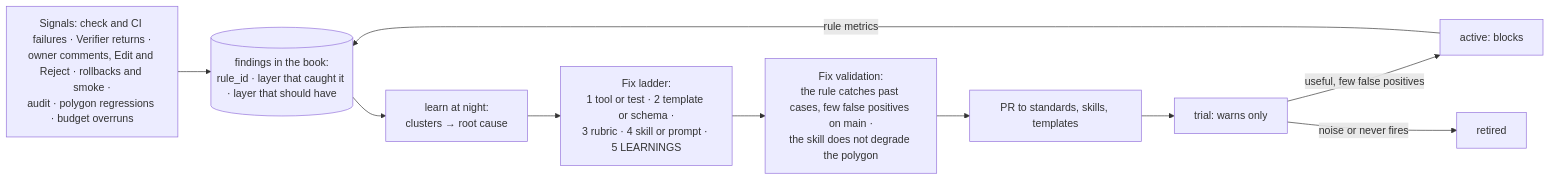
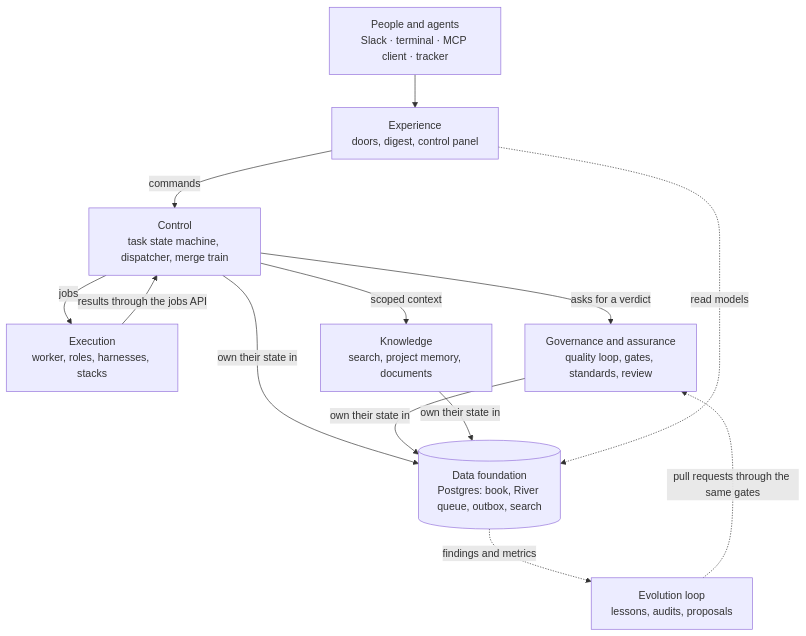
Before and after one commit to IlyaChakun/nightshift: the diagram in docs/design.md, drawn with Mermaid. The commit also changed other lines of this file and 30 other files, not shown here.

````diff
--- a/docs/design.md
+++ b/docs/design.md
@@ -578,17 +49,21 @@
 ```mermaid
-flowchart LR
-  sig["Signals: check and CI failures · Verifier returns ·<br/>owner comments, Edit and Reject · rollbacks and smoke ·<br/>audit · polygon regressions · budget overruns"]
-  fnd[("findings in the book:<br/>rule_id · layer that caught it · layer that should have")]
-  learn["learn at night:<br/>clusters → root cause"]
-  lad["Fix ladder:<br/>1 tool or test · 2 template or schema ·<br/>3 rubric · 4 skill or prompt · 5 LEARNINGS"]
-  val["Fix validation:<br/>the rule catches past cases, few false positives on main ·<br/>the skill does not degrade the polygon"]
-  pr["PR to standards, skills, templates"]
-  trial["trial: warns only"]
-  act["active: blocks"]
-  ret["retired"]
-
-  sig --> fnd --> learn --> lad --> val --> pr --> trial
-  trial -->|"useful, few false positives"| act
-  trial -->|"noise or never fires"| ret
-  act -->|"rule metrics"| fnd
+flowchart TB
+  people["People and agents<br/>Slack · terminal · MCP client · tracker"]
+  exp["Experience<br/>doors, digest, control panel"]
+  ctl["Control<br/>task state machine, dispatcher, merge train"]
+  exe["Execution<br/>worker, roles, harnesses, stacks"]
+  kno["Knowledge<br/>search, project memory, documents"]
+  asr["Governance and assurance<br/>quality loop, gates, standards, review"]
+  data[("Data foundation<br/>Postgres: book, River queue, outbox, search")]
+  evo["Evolution loop<br/>lessons, audits, proposals"]
+  people --> exp
+  exp -- commands --> ctl
+  ctl -- jobs --> exe
+  exe -- results through the jobs API --> ctl
+  ctl -- asks for a verdict --> asr
+  ctl -- scoped context --> kno
+  ctl & asr & kno -- own their state in --> data
+  exp -. read models .-> data
+  data -. findings and metrics .-> evo
+  evo -. pull requests through the same gates .-> asr
 ```
````
